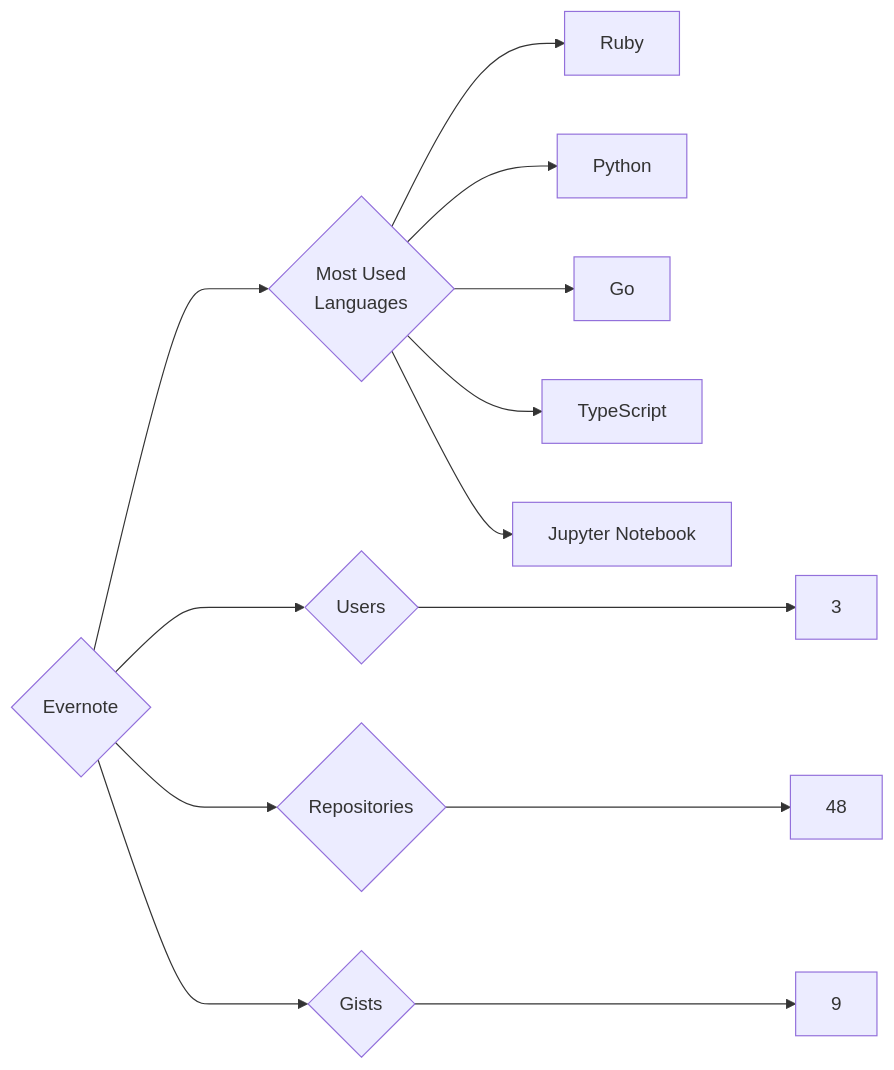
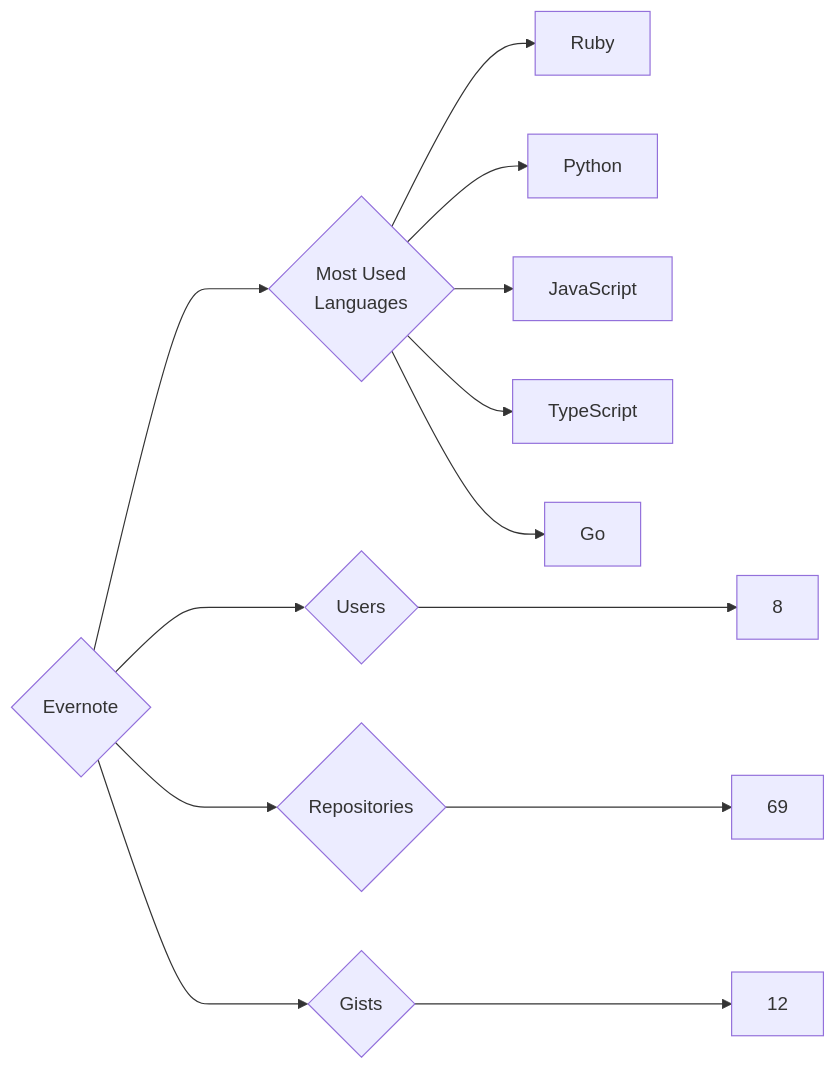
The diagram in targets/Evernote/README.md (trickest/insiders), drawn with Mermaid before and after one commit. The commit also changed 942 other files, not shown here.

````diff
--- a/targets/Evernote/README.md
+++ b/targets/Evernote/README.md
@@ -3,13 +3,13 @@
 ```mermaid
 graph LR
 COMPANY_NAME{Evernote}
-COMPANY_NAME ---> U{Users} ---> UN[3]
-COMPANY_NAME ---> R{Repositories} ---> RN[48]
-COMPANY_NAME ---> G{Gists} ---> GN[9]
+COMPANY_NAME ---> U{Users} ---> UN[8]
+COMPANY_NAME ---> R{Repositories} ---> RN[69]
+COMPANY_NAME ---> G{Gists} ---> GN[12]
 COMPANY_NAME ---> ML{Most Used<br>Languages}
 ML --> Ruby[Ruby]
 ML --> Python[Python]
+ML --> JavaScript[JavaScript]
+ML --> TypeScript[TypeScript]
 ML --> Go[Go]
-ML --> TypeScript[TypeScript]
-ML --> Jupyter_Notebook[Jupyter Notebook]
 ```
````
